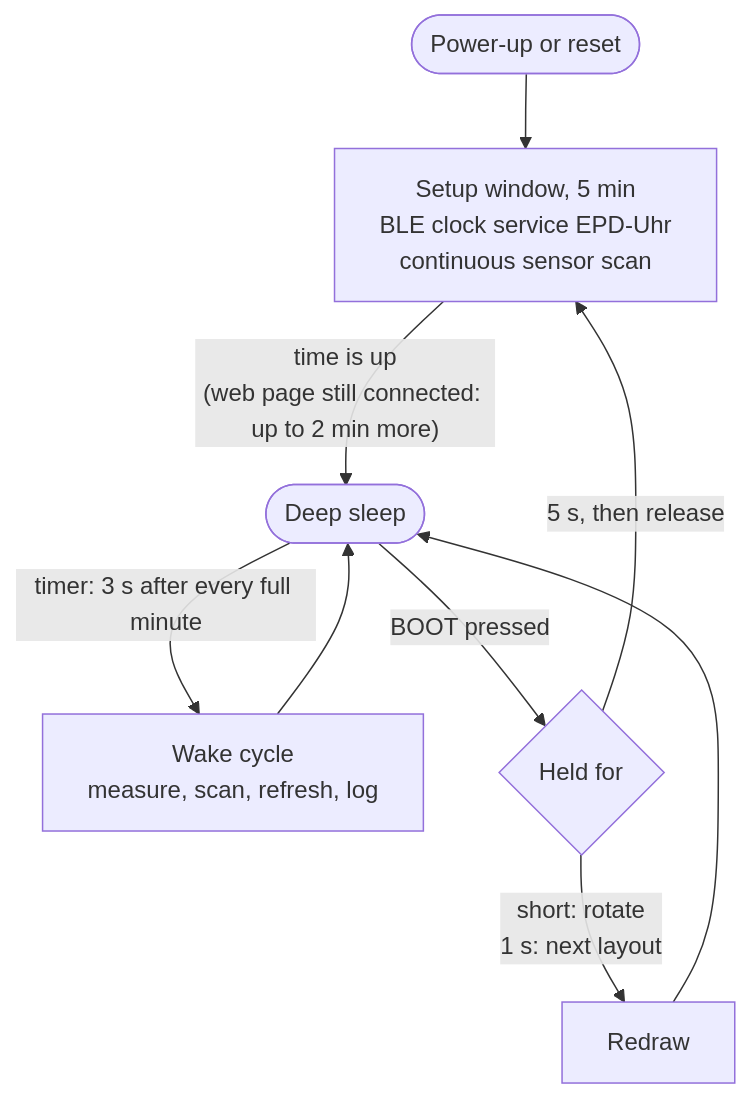
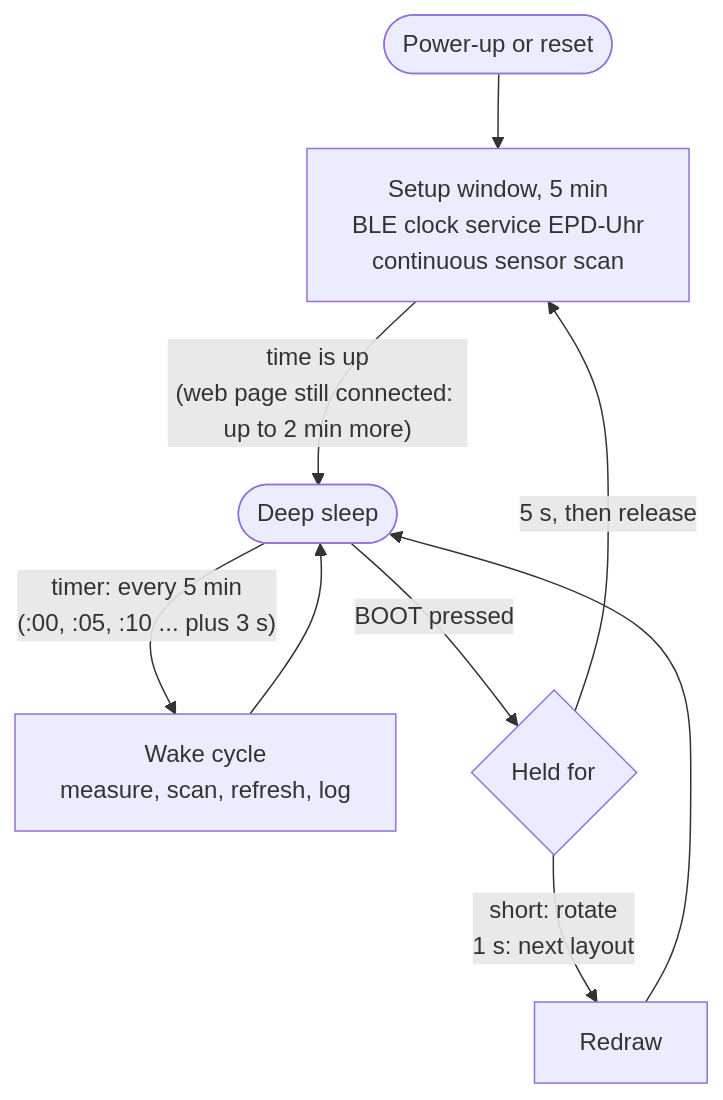
One commit to matsch82/waveshare-esp32-s3-ble-temp-viz changed the diagram in README.md. Above: the diagram before and after it, drawn with Mermaid. The commit also changed other lines of this file and 13 other files, not shown here.

````diff
--- a/README.md
+++ b/README.md
@@ -92,11 +109,11 @@
 ```mermaid
 flowchart TD
     power(["Power-up or reset"]) --> setup["Setup window, 5 min<br/>BLE clock service EPD-Uhr<br/>continuous sensor scan"]
     setup -->|"time is up<br/>(web page still connected: up to 2 min more)"| sleep(["Deep sleep"])
-    sleep -->|"timer: 3 s after every full minute"| wake["Wake cycle<br/>measure, scan, refresh, log"]
+    sleep -->|"timer: every 5 min<br/>(:00, :05, :10 ... plus 3 s)"| wake["Wake cycle<br/>measure, scan, refresh, log"]
     wake --> sleep
     sleep -->|"BOOT pressed"| press{"Held for"}
     press -->|"short: rotate<br/>1 s: next layout"| redraw["Redraw"]
     redraw --> sleep
     press -->|"5 s, then release"| setup
 ```
````
